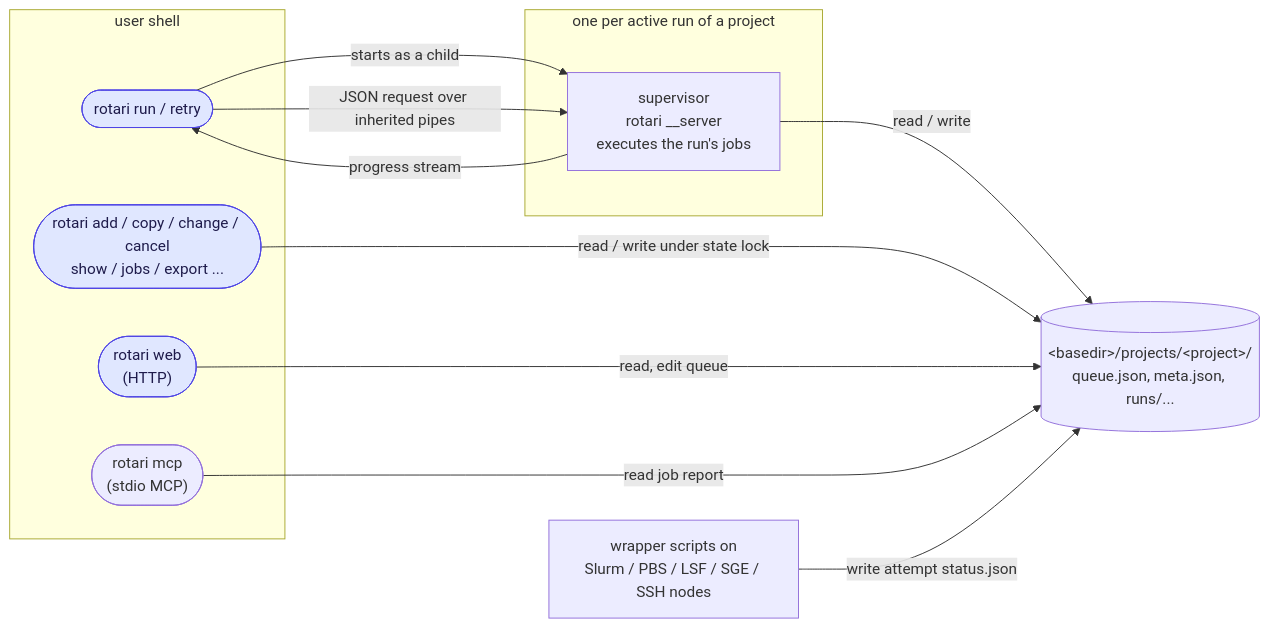
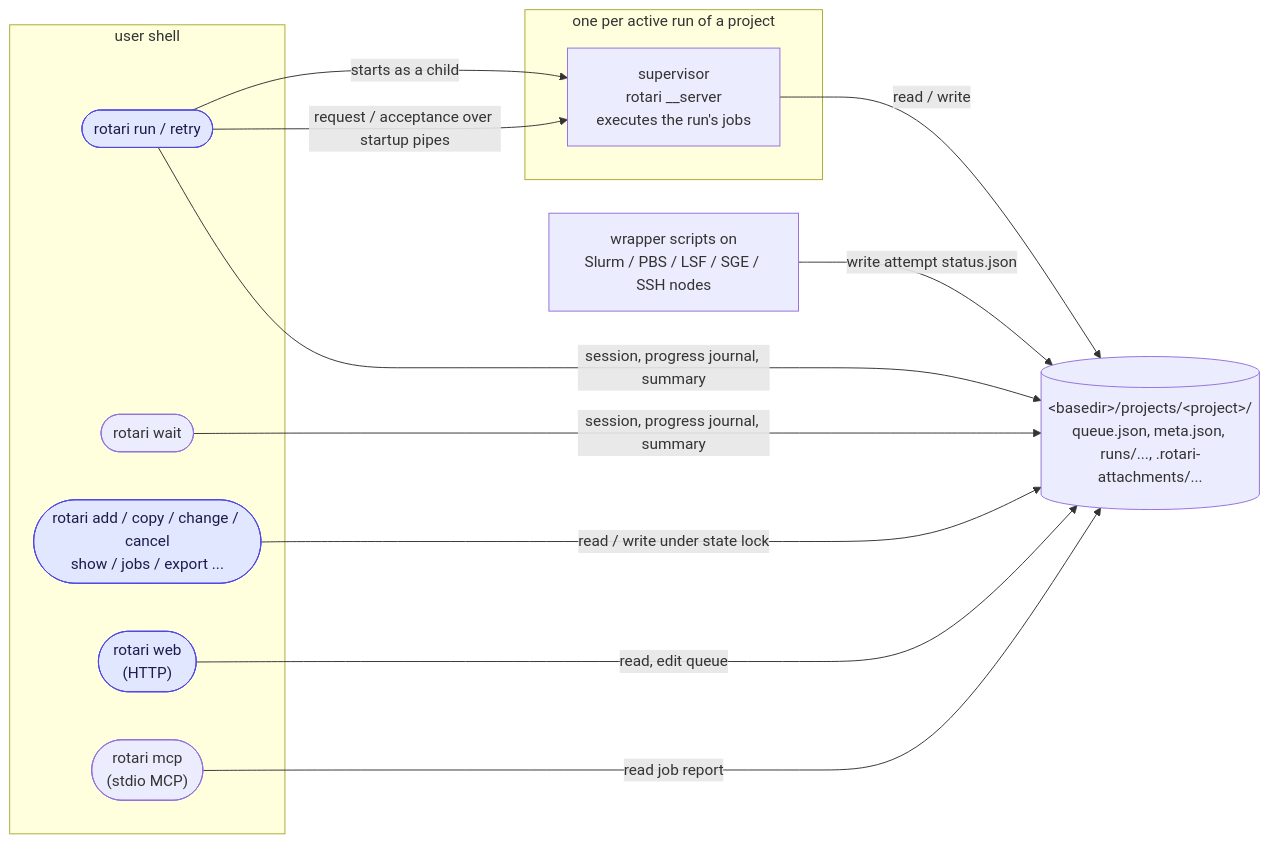
Before and after one commit to kamo-naoyuki/rotari: the first of 2 diagrams in docs/ARCHITECTURE.md, drawn with Mermaid. The commit also changed other lines of this file and 28 other files, not shown here.

````diff
--- a/docs/ARCHITECTURE.md
+++ b/docs/ARCHITECTURE.md
@@ -18,26 +18,28 @@
 ```mermaid
 flowchart LR
   subgraph clients["user shell"]
     runcli(["rotari run / retry"])
+    waitcli(["rotari wait"])
     direct(["rotari add / copy / change / cancel<br/>show / jobs / export ..."])
     webcli(["rotari web<br/>(HTTP)"])
       mcpcli(["rotari mcp<br/>(stdio MCP)"])
   end
   subgraph sup["one per active run of a project"]
     supervisor["supervisor<br/>rotari __server<br/>executes the run's jobs"]
   end
-  files[("&lt;basedir&gt;/projects/&lt;project&gt;/<br/>queue.json, meta.json, runs/...")]
+  files[("&lt;basedir&gt;/projects/&lt;project&gt;/<br/>queue.json, meta.json, runs/..., .rotari-attachments/...")]
    nodes["wrapper scripts on<br/>Slurm / PBS / LSF / SGE / SSH nodes"]
 
   runcli -->|"starts as a child"| supervisor
-  runcli -->|"JSON request over inherited pipes"| supervisor
-  supervisor -->|progress stream| runcli
+  runcli -->|"request / acceptance over startup pipes"| supervisor
+  runcli -->|"session, progress journal, summary"| files
+  waitcli -->|"session, progress journal, summary"| files
   supervisor -->|read / write| files
   direct -->|"read / write under state lock"| files
   webcli -->|"read, edit queue"| files
    mcpcli -->|"read job report"| files
   nodes -->|write attempt status.json| files
 
    classDef command fill:#e0e7ff,stroke:#4f46e5,color:#1e1b4b
   class runcli,direct,webcli command
 ```
````
